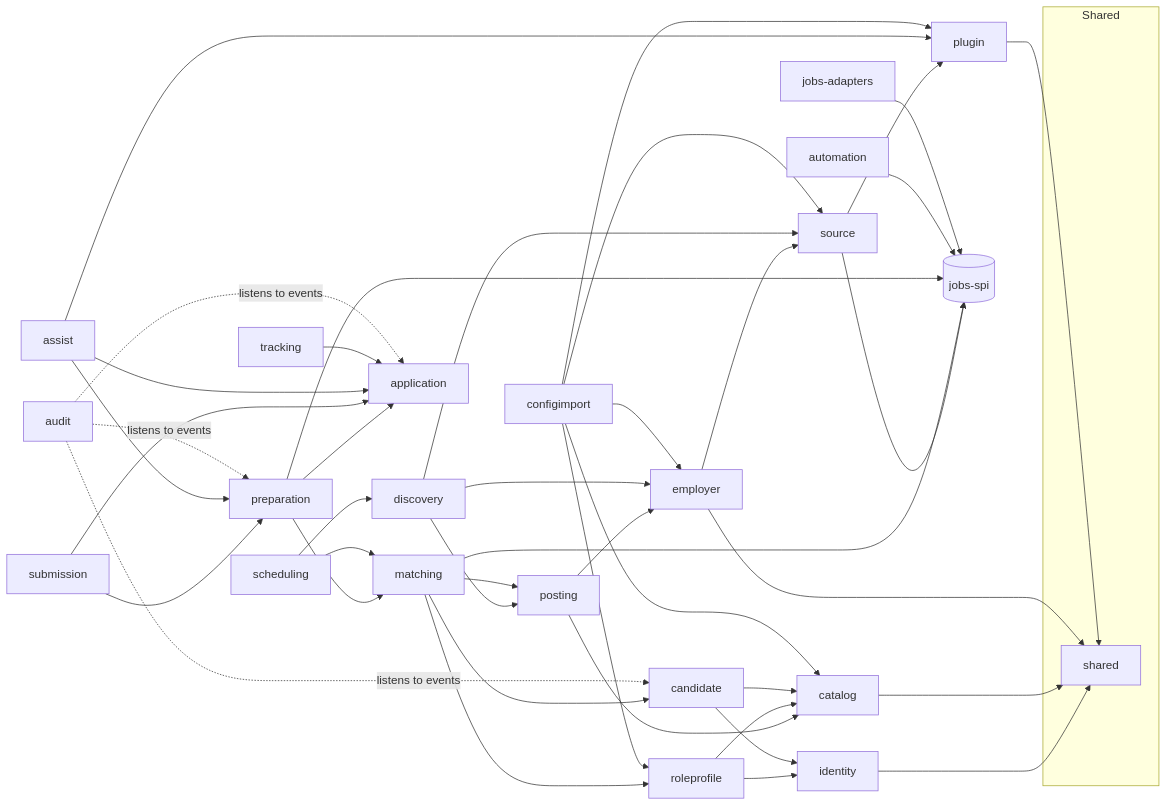
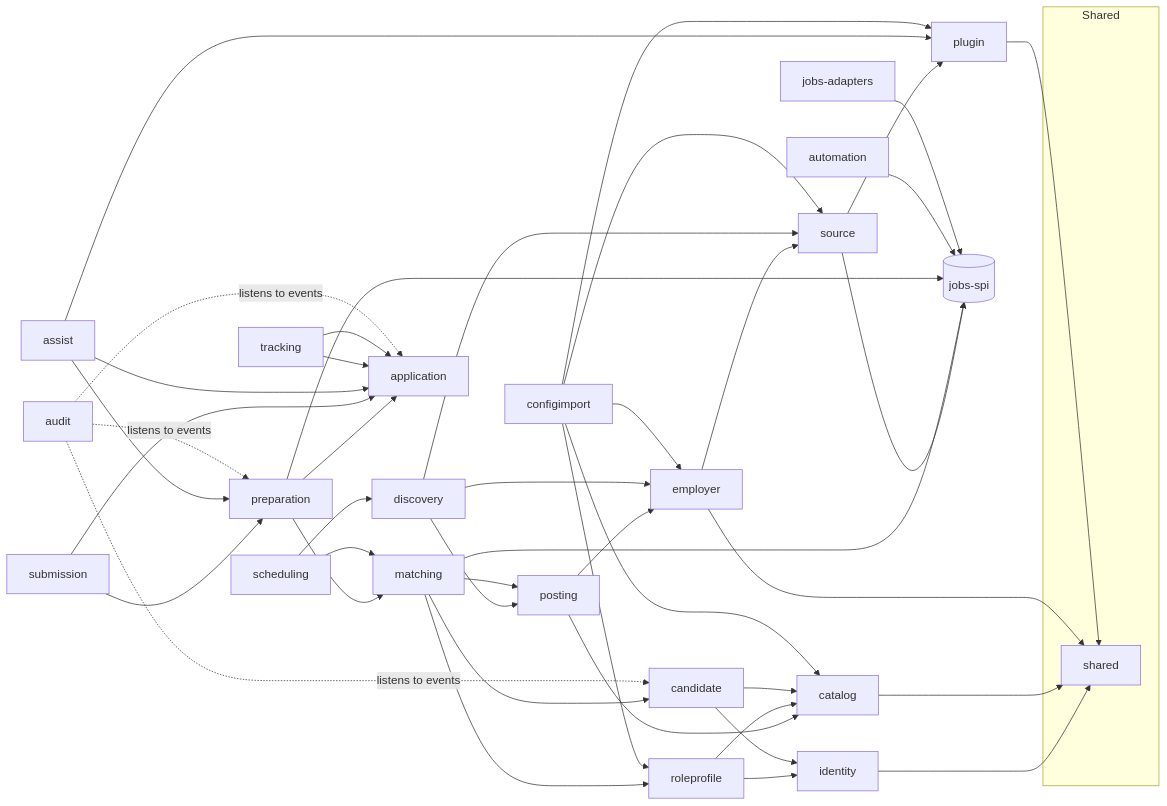
The first of 2 diagrams in docs/architecture/README.md (Darpan-Balar/JobsApply), drawn with Mermaid before and after one commit. The commit also changed other lines of this file and 57 other files, not shown here.

````diff
--- a/docs/architecture/README.md
+++ b/docs/architecture/README.md
@@ -99,48 +99,49 @@
 ```mermaid
 flowchart LR
   subgraph Shared
     shared
   end
   identity --> shared
   catalog --> shared
   employer --> shared
   employer --> source
   source --> plugin
   plugin --> shared
   posting --> employer
   posting --> catalog
   discovery --> source
   discovery --> employer
   discovery --> posting
   roleprofile --> catalog
   roleprofile --> identity
   candidate --> identity
   candidate --> catalog
   matching --> posting
   matching --> candidate
   matching --> roleprofile
   preparation --> matching
   preparation --> application
   submission --> preparation
   submission --> application
   assist --> application
   assist --> preparation
   assist --> plugin
   tracking --> application
+  tracking --> application
   scheduling --> discovery
   scheduling --> matching
   configimport --> employer
   configimport --> plugin
   configimport --> source
   configimport --> roleprofile
   configimport --> catalog
   audit -. listens to events .-> application
   audit -. listens to events .-> preparation
   audit -. listens to events .-> candidate
   SPI[(jobs-spi)]
   source --> SPI
   matching --> SPI
   preparation --> SPI
   automation --> SPI
   ADP[jobs-adapters] --> SPI
 ```
````
